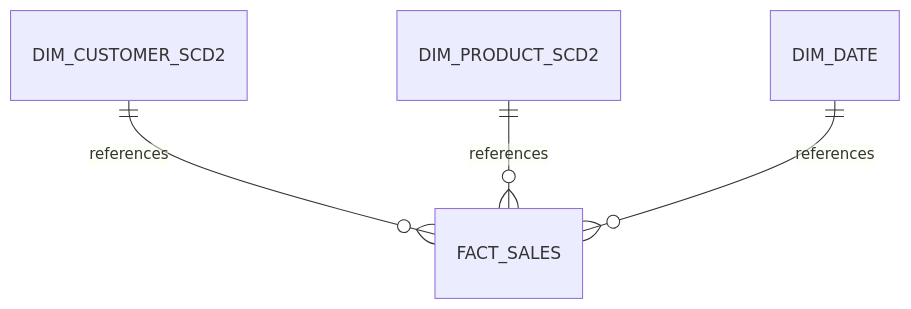
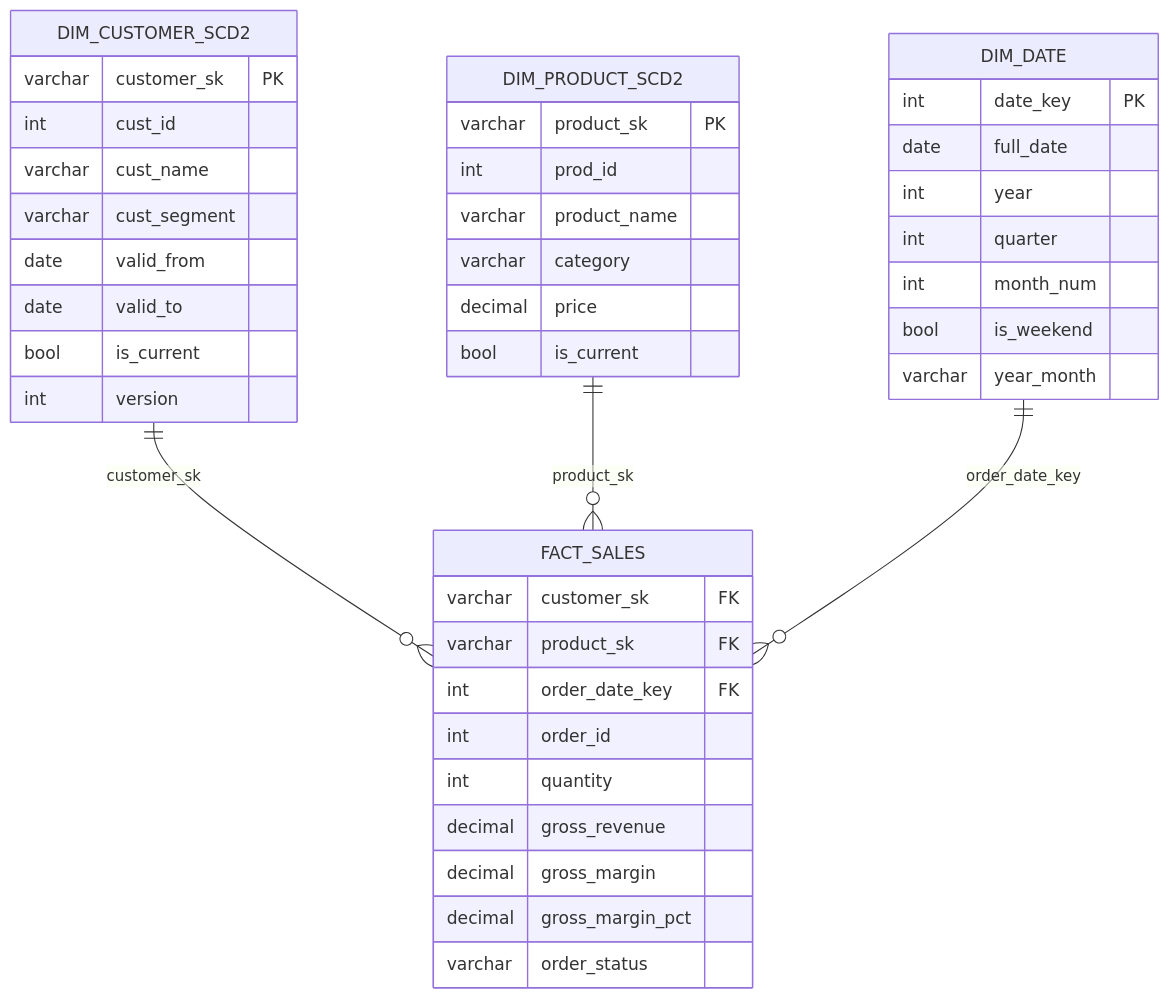
One commit to mkarkour/ModelFlow changed the third of 3 diagrams in modeling_walkthrough.md. Above: the diagram before and after it, drawn with Mermaid. The commit also changed other lines of this file and 3 other files, not shown here.

````diff
--- a/modeling_walkthrough.md
+++ b/modeling_walkthrough.md
@@ -36,6 +214,44 @@
 ```mermaid
 erDiagram
-    DIM_CUSTOMER_SCD2 ||--o{ FACT_SALES : "references"
-    DIM_PRODUCT_SCD2 ||--o{ FACT_SALES : "references"
-    DIM_DATE ||--o{ FACT_SALES : "references"
+    DIM_CUSTOMER_SCD2 {
+        varchar customer_sk  PK
+        int     cust_id
+        varchar cust_name
+        varchar cust_segment
+        date    valid_from
+        date    valid_to
+        bool    is_current
+        int     version
+    }
+    DIM_PRODUCT_SCD2 {
+        varchar product_sk   PK
+        int     prod_id
+        varchar product_name
+        varchar category
+        decimal price
+        bool    is_current
+    }
+    DIM_DATE {
+        int     date_key     PK
+        date    full_date
+        int     year
+        int     quarter
+        int     month_num
+        bool    is_weekend
+        varchar year_month
+    }
+    FACT_SALES {
+        varchar customer_sk    FK
+        varchar product_sk     FK
+        int     order_date_key FK
+        int     order_id
+        int     quantity
+        decimal gross_revenue
+        decimal gross_margin
+        decimal gross_margin_pct
+        varchar order_status
+    }
+    DIM_CUSTOMER_SCD2 ||--o{ FACT_SALES : "customer_sk"
+    DIM_PRODUCT_SCD2  ||--o{ FACT_SALES : "product_sk"
+    DIM_DATE          ||--o{ FACT_SALES : "order_date_key"
 ```
````
